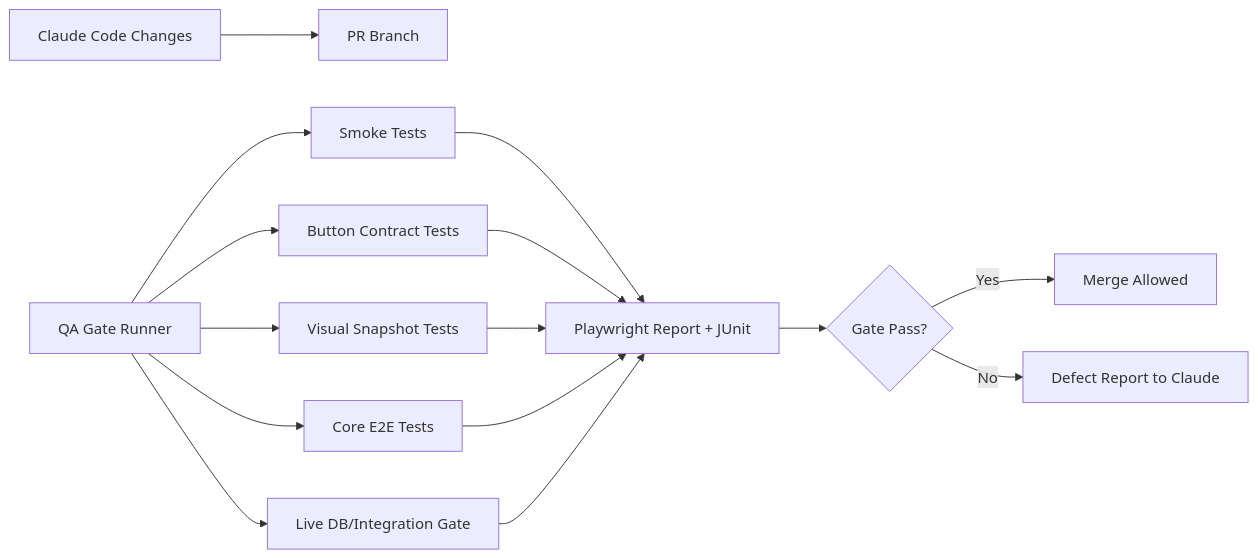
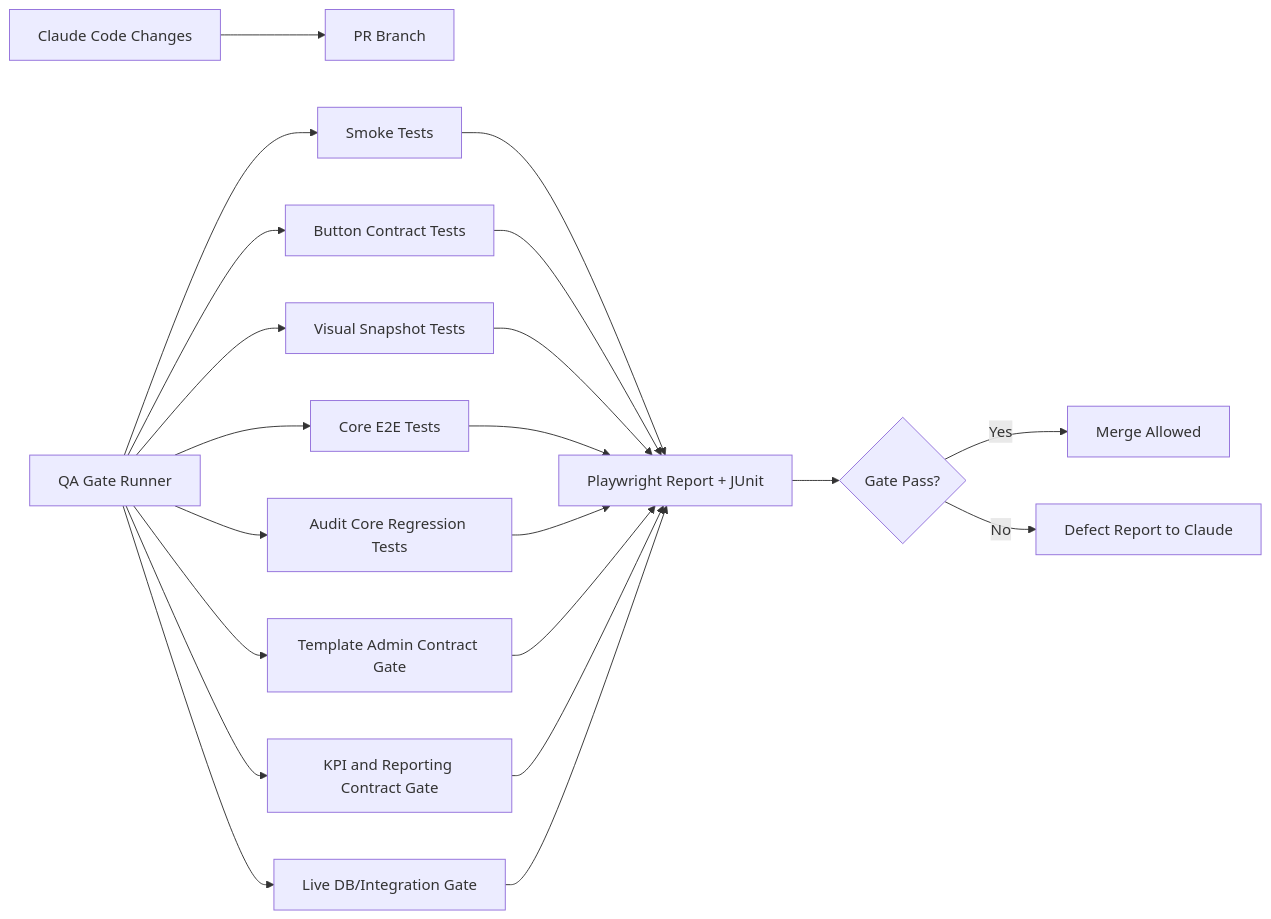
The diagram in docs/qa/diagrams/test-architecture.md (j-hilliard/stronghold-audit-app), drawn with Mermaid before and after one commit. The commit also changed 120 other files, not shown here.

First line of the commit message:
Phase 3: Audit module — full feature complete (forms, review, reporting, admin, demo data)

````diff
--- a/docs/qa/diagrams/test-architecture.md
+++ b/docs/qa/diagrams/test-architecture.md
@@ -3,17 +3,23 @@
 ```mermaid
 flowchart LR
     Dev[Claude Code Changes] --> PR[PR Branch]
     QA[QA Gate Runner] --> Smoke[Smoke Tests]
     QA --> Buttons[Button Contract Tests]
     QA --> Visuals[Visual Snapshot Tests]
     QA --> CoreE2E[Core E2E Tests]
+    QA --> AuditCore[Audit Core Regression Tests]
+    QA --> TemplateGate[Template Admin Contract Gate]
+    QA --> ReportingGate[KPI and Reporting Contract Gate]
     QA --> Live[Live DB/Integration Gate]
     Smoke --> Report[Playwright Report + JUnit]
     Buttons --> Report
     Visuals --> Report
     CoreE2E --> Report
+    AuditCore --> Report
+    TemplateGate --> Report
+    ReportingGate --> Report
     Live --> Report
     Report --> Decision{Gate Pass?}
     Decision -- Yes --> Merge[Merge Allowed]
     Decision -- No --> Defect[Defect Report to Claude]
 ```
````
